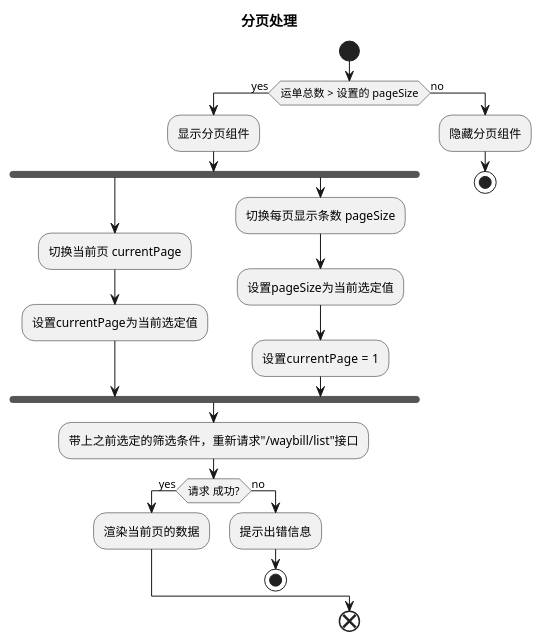
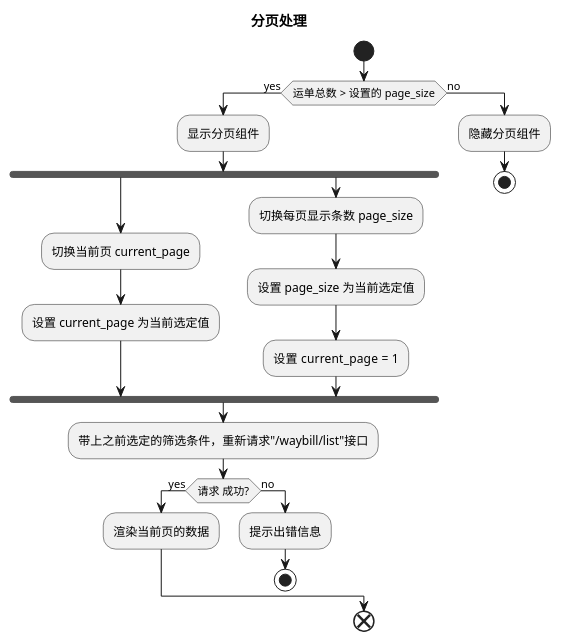
One commit to futurekidult/lis changed the second of 4 diagrams in docs/development-flow-diagram.puml/logistics-list/get-list.puml. Above: the diagram before and after it, drawn with PlantUML. The commit also changed other lines of this file and 11 other files, not shown here.

```diff
--- a/docs/development-flow-diagram.puml/logistics-list/get-list.puml
+++ b/docs/development-flow-diagram.puml/logistics-list/get-list.puml
@@ -105,28 +144,28 @@
 @startuml
 title 分页处理
 
 start
-if(运单总数 > 设置的 pageSize) then (yes)
+if(运单总数 > 设置的 page_size) then (yes)
   :显示分页组件;
   fork
-    :切换当前页 currentPage;
-    :设置currentPage为当前选定值;
+    :切换当前页 current_page;
+    :设置 current_page 为当前选定值;
   fork again
-    :切换每页显示条数 pageSize;
-    :设置pageSize为当前选定值;
-    :设置currentPage =  1;
+    :切换每页显示条数 page_size;
+    :设置 page_size 为当前选定值;
+    :设置 current_page =  1;
   end fork
   :带上之前选定的筛选条件，重新请求"/waybill/list"接口;
     if(请求 成功?) then (yes)
       :渲染当前页的数据;
     else (no)
       :提示出错信息;
       stop
     endif
 else (no)
   :隐藏分页组件;
   stop
 endif
 end
 
 @enduml
```
